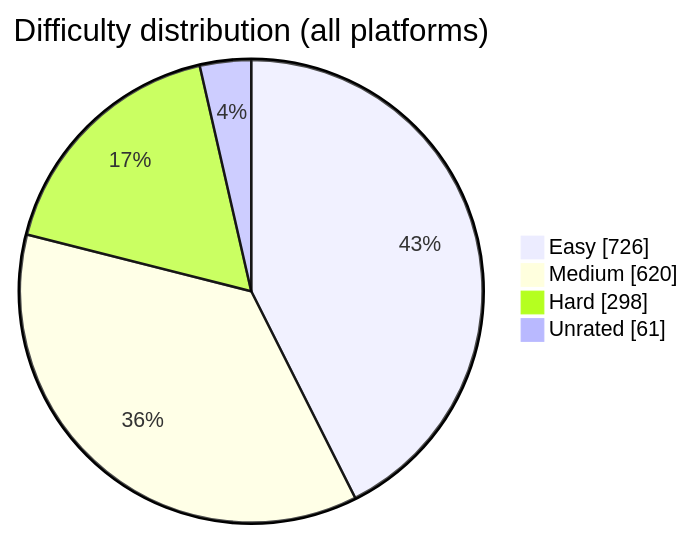
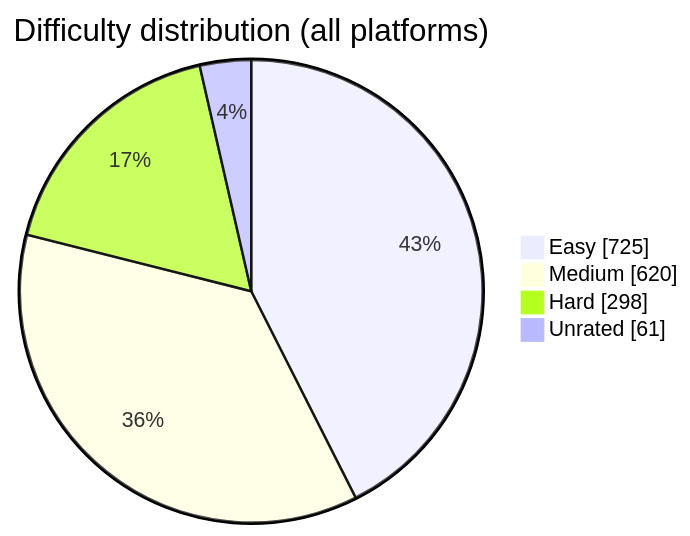
One commit to BuildbyArindam/Daily-Coding-Log changed the diagram in README.md. Above: the diagram before and after it, drawn with Mermaid. The commit also changed other lines of this file, not shown here.

````diff
--- a/README.md
+++ b/README.md
@@ -93,7 +93,7 @@
 ```mermaid
 pie showData title Difficulty distribution (all platforms)
-    "Easy" : 726
+    "Easy" : 725
     "Medium" : 620
     "Hard" : 298
     "Unrated" : 61
 ```
````
